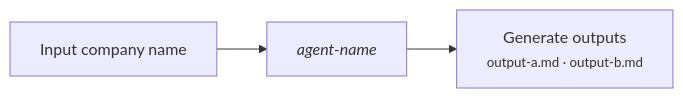
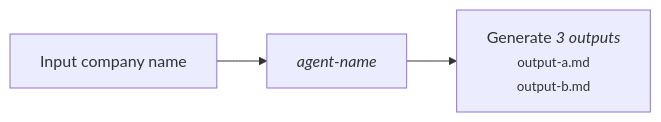
The diagram in .claude/commands/update-portfolio.md (saumyavasuthevan/Claude-Research-Analyst), drawn with Mermaid before and after one commit. The commit also changed other lines of this file and 2 other files, not shown here.

````diff
--- a/.claude/commands/update-portfolio.md
+++ b/.claude/commands/update-portfolio.md
@@ -116,5 +176,5 @@
 ```mermaid
 flowchart LR
     A["Input company name"] --> B["<i>agent-name</i>"]
-    B --> C["Generate outputs<br/><small>output-a.md · output-b.md</small>"]
+    B --> C["Generate <i>3 outputs</i><br/><small>output-a.md<br/>output-b.md</small>"]
 ```
````
